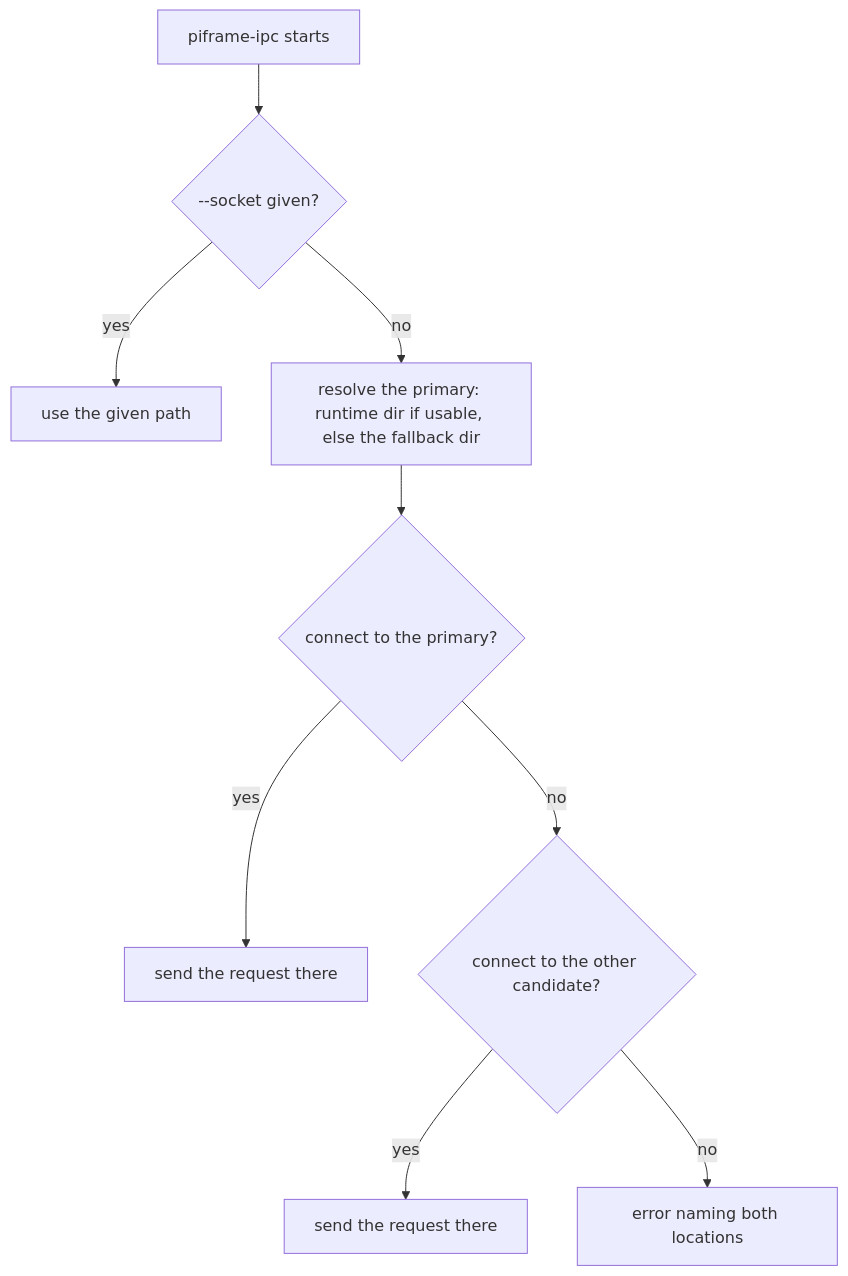
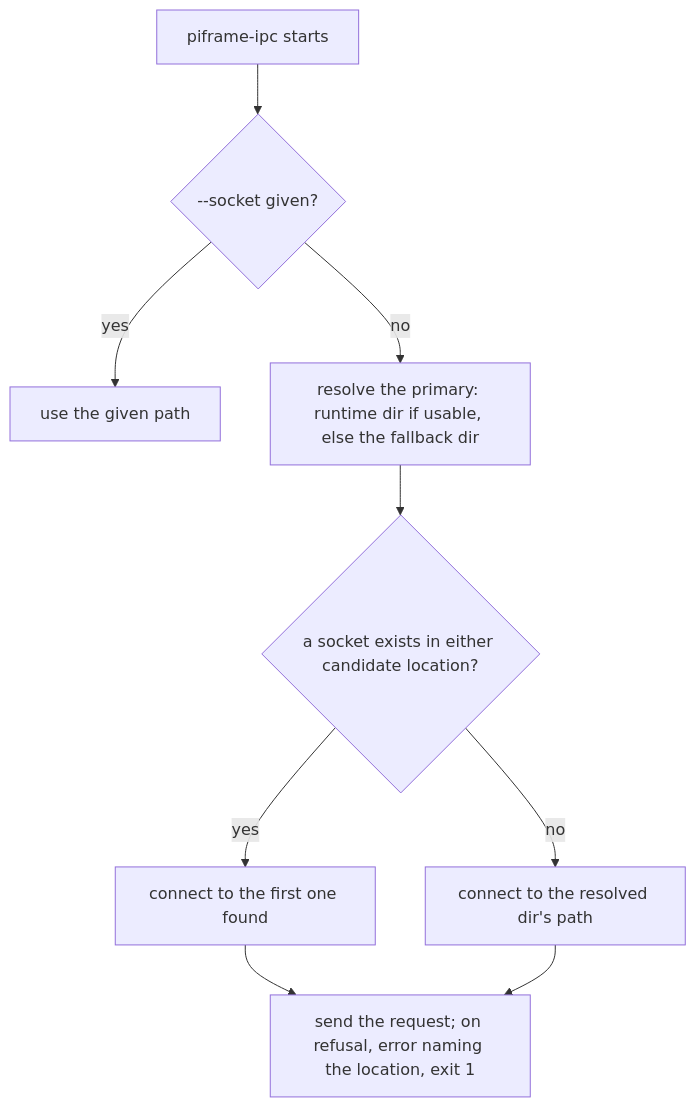
The second of 2 diagrams in docs/design/ipc-client.md (njurgens/digital-frame), drawn with Mermaid before and after one commit. The commit also changed other lines of this file and 3 other files, not shown here.

````diff
--- a/docs/design/ipc-client.md
+++ b/docs/design/ipc-client.md
@@ -186,11 +186,11 @@
 ```mermaid
 flowchart TD
   s0["piframe-ipc starts"] --> s1{"--socket given?"}
   s1 -->|yes| s2["use the given path"]
   s1 -->|no| s3["resolve the primary: runtime dir if usable, else the fallback dir"]
-  s3 --> s4{"connect to the primary?"}
-  s4 -->|yes| s5["send the request there"]
-  s4 -->|no| s6{"connect to the other candidate?"}
-  s6 -->|yes| s7["send the request there"]
-  s6 -->|no| s8["error naming both locations"]
+  s3 --> s4{"a socket exists in either candidate location?"}
+  s4 -->|yes| s5["connect to the first one found"]
+  s4 -->|no| s6["connect to the resolved dir's path"]
+  s5 --> s7["send the request; on refusal, error naming the location, exit 1"]
+  s6 --> s7
 ```
````
